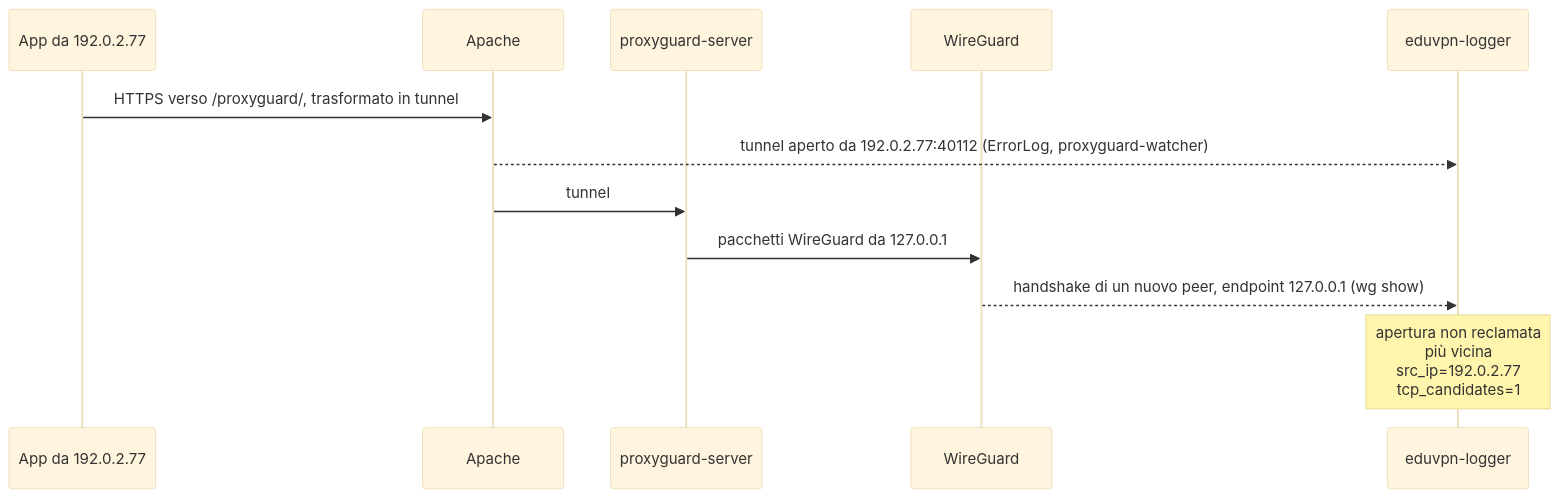
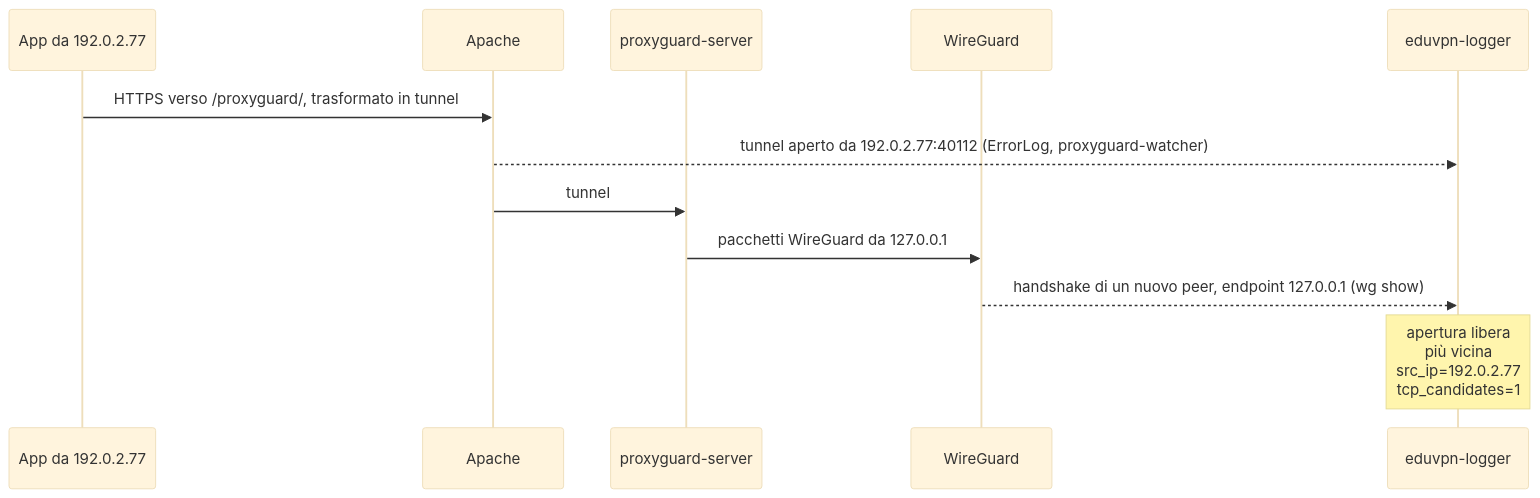
One commit to giacomocamata/eduvpn-logger changed the second of 2 diagrams in README.it.md. Above: the diagram before and after it, drawn with Mermaid (base theme). The commit also changed other lines of this file and 3 other files, not shown here.

````diff
--- a/README.it.md
+++ b/README.it.md
@@ -204,14 +207,14 @@
 ```mermaid
 sequenceDiagram
     participant C as App da 192.0.2.77
     participant A as Apache
     participant P as proxyguard-server
     participant W as WireGuard
     participant L as eduvpn-logger
     C->>A: HTTPS verso /proxyguard/, trasformato in tunnel
     A-->>L: tunnel aperto da 192.0.2.77:40112 (ErrorLog, proxyguard-watcher)
     A->>P: tunnel
     P->>W: pacchetti WireGuard da 127.0.0.1
     W-->>L: handshake di un nuovo peer, endpoint 127.0.0.1 (wg show)
-    Note over L: apertura non reclamata<br/>più vicina<br/>src_ip=192.0.2.77<br/>tcp_candidates=1
+    Note over L: apertura libera<br/>più vicina<br/>src_ip=192.0.2.77<br/>tcp_candidates=1
 ```
````
